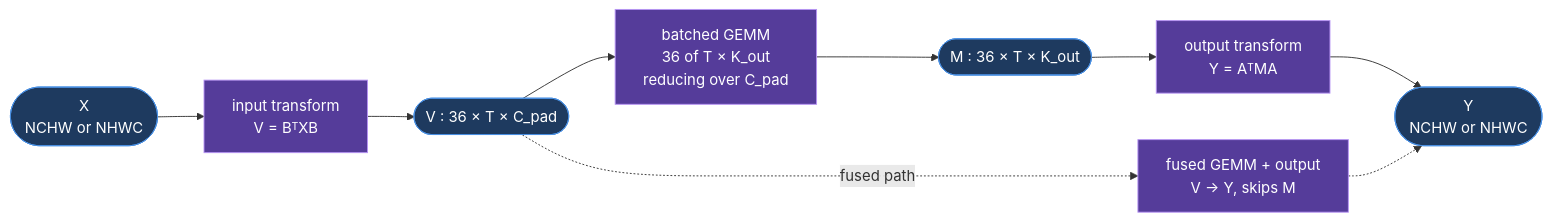
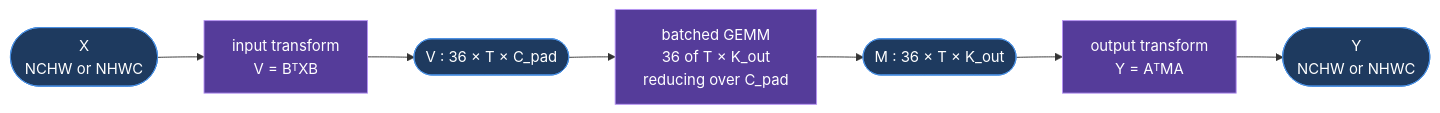
One commit to ROCm/aiter changed the second of 2 diagrams in aiter/ops/triton/conv/DESIGN.md. Above: the diagram before and after it, drawn with Mermaid. The commit also changed other lines of this file and 8 other files, not shown here.

````diff
--- a/aiter/ops/triton/conv/DESIGN.md
+++ b/aiter/ops/triton/conv/DESIGN.md
@@ -82,17 +82,14 @@
 ```mermaid
 flowchart LR
     X([X<br/>NCHW or NHWC]):::data
     X --> IT[input transform<br/>V = BᵀXB]:::stage
     IT --> V([V : 36 × T × C_pad]):::data
 
     V --> GE[batched GEMM<br/>36 of T × K_out<br/>reducing over C_pad]:::stage
     GE --> M([M : 36 × T × K_out]):::data
     M --> OT[output transform<br/>Y = AᵀMA]:::stage
     OT --> Y([Y<br/>NCHW or NHWC]):::data
 
-    V -.fused path.-> FU[fused GEMM + output<br/>V → Y, skips M]:::stage
-    FU -.-> Y
-
     classDef data fill:#1e3a5f,stroke:#4a90e2,color:#fff
     classDef stage fill:#553c9a,stroke:#b794f4,color:#fff
 ```
````
